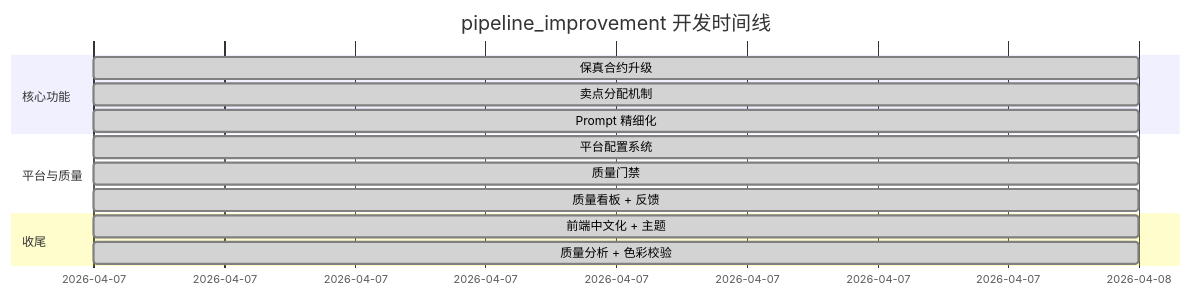
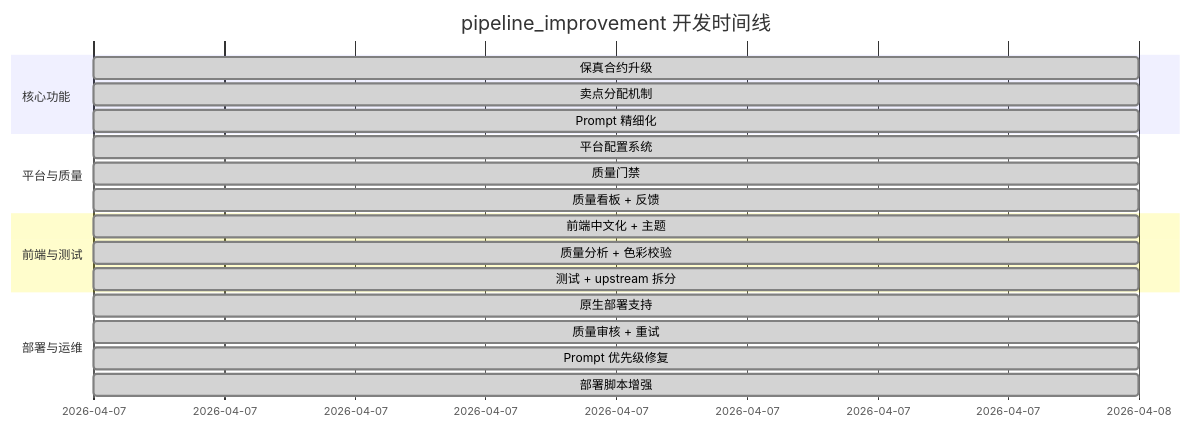
Before and after one commit to JackWPP/smartphoto_backend: the sixth of 7 diagrams in docs/pipeline_improvement_工作总结.md, drawn with Mermaid. The commit also changed other lines of this file and 11 other files, not shown here.

````diff
--- a/docs/pipeline_improvement_工作总结.md
+++ b/docs/pipeline_improvement_工作总结.md
@@ -170,16 +263,22 @@
 ```mermaid
 gantt
     title pipeline_improvement 开发时间线
-    dateFormat YYYY-MM-DD
+    dateFormat YYYY-MM-DD HH
     section 核心功能
     保真合约升级        :done, a1, 2026-04-07, 1d
     卖点分配机制        :done, a2, 2026-04-07, 1d
     Prompt 精细化       :done, a3, 2026-04-07, 1d
     section 平台与质量
     平台配置系统        :done, b1, 2026-04-07, 1d
     质量门禁            :done, b2, 2026-04-07, 1d
     质量看板 + 反馈     :done, b3, 2026-04-07, 1d
-    section 收尾
+    section 前端与测试
     前端中文化 + 主题   :done, c1, 2026-04-07, 1d
     质量分析 + 色彩校验  :done, c2, 2026-04-07, 1d
+    测试 + upstream 拆分 :done, c3, 2026-04-07, 1d
+    section 部署与运维
+    原生部署支持        :done, d1, 2026-04-07, 1d
+    质量审核 + 重试     :done, d2, 2026-04-07, 1d
+    Prompt 优先级修复   :done, d3, 2026-04-07, 1d
+    部署脚本增强        :done, d4, 2026-04-07, 1d
 ```
````
